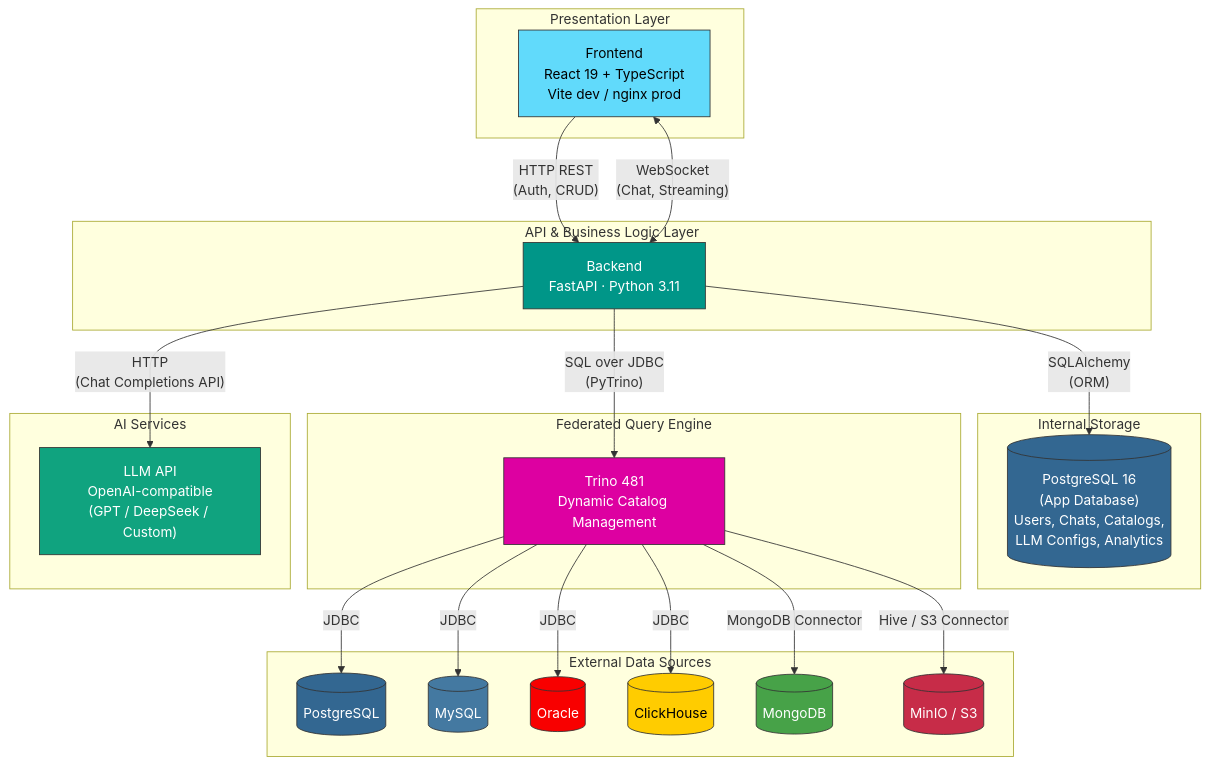
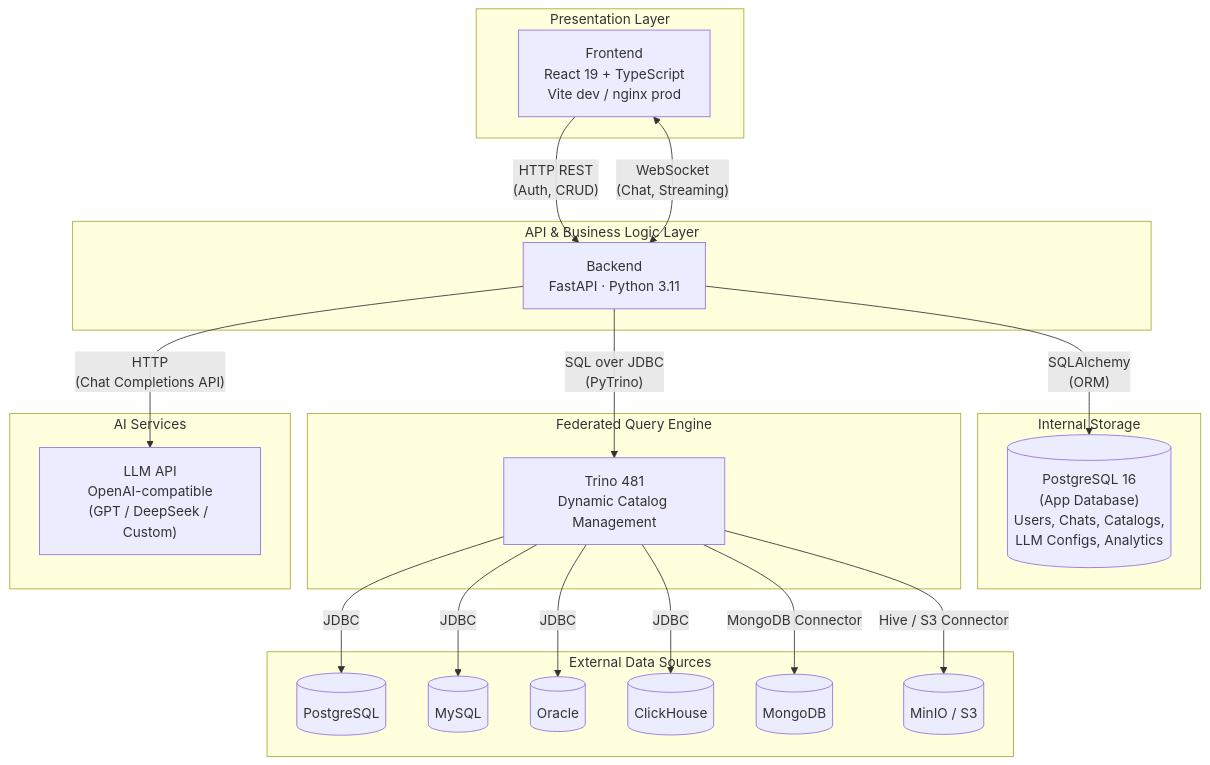
One commit to NLEx-team/NLEx changed the first of 3 diagrams in docs/architecture/overview.md. Above: the diagram before and after it, drawn with Mermaid. The commit also changed other lines of this file and 2 other files, not shown here.

Commit message:
docs: remove hardcoded colors from mermaid diagrams

````diff
--- a/docs/architecture/overview.md
+++ b/docs/architecture/overview.md
@@ -9,56 +9,44 @@
 ```mermaid
 graph TB
     subgraph Client["Presentation Layer"]
         FE["Frontend\nReact 19 + TypeScript\nVite dev / nginx prod"]
     end
 
     subgraph API["API & Business Logic Layer"]
         BE["Backend\nFastAPI · Python 3.11"]
     end
 
     subgraph Internal["Internal Storage"]
         AppDB[("PostgreSQL 16\n(App Database)\nUsers, Chats, Catalogs,\nLLM Configs, Analytics")]
     end
 
     subgraph Federation["Federated Query Engine"]
         Trino["Trino 481\nDynamic Catalog Management"]
     end
 
     subgraph External["External Data Sources"]
         PG[(PostgreSQL)]
         MySQL[(MySQL)]
         Oracle[(Oracle)]
         CH[(ClickHouse)]
         Mongo[(MongoDB)]
         MinIO[(MinIO / S3)]
     end
 
     subgraph AI["AI Services"]
         LLM["LLM API\nOpenAI-compatible\n(GPT / DeepSeek / Custom)"]
     end
 
     FE -->|"HTTP REST\n(Auth, CRUD)"| BE
     FE <-->|"WebSocket\n(Chat, Streaming)"| BE
     BE -->|"SQLAlchemy\n(ORM)"| AppDB
     BE -->|"SQL over JDBC\n(PyTrino)"| Trino
     BE -->|"HTTP\n(Chat Completions API)"| LLM
 
     Trino -->|JDBC| PG
     Trino -->|JDBC| MySQL
     Trino -->|JDBC| Oracle
     Trino -->|JDBC| CH
     Trino -->|MongoDB Connector| Mongo
     Trino -->|Hive / S3 Connector| MinIO
-
-    style FE fill:#61dafb,stroke:#333,color:#000
-    style BE fill:#009688,stroke:#333,color:#fff
-    style AppDB fill:#336791,stroke:#333,color:#fff
-    style Trino fill:#dd00a1,stroke:#333,color:#fff
-    style LLM fill:#10a37f,stroke:#333,color:#fff
-    style PG fill:#336791,stroke:#333,color:#fff
-    style MySQL fill:#4479a1,stroke:#333,color:#fff
-    style Oracle fill:#f80000,stroke:#333,color:#fff
-    style CH fill:#ffcc00,stroke:#333,color:#000
-    style Mongo fill:#47a248,stroke:#333,color:#fff
-    style MinIO fill:#c72c48,stroke:#333,color:#fff
 ```
````
